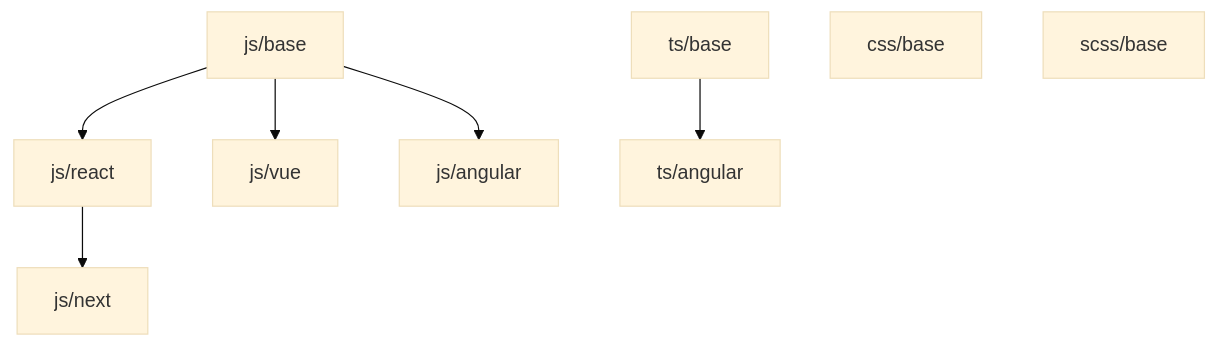
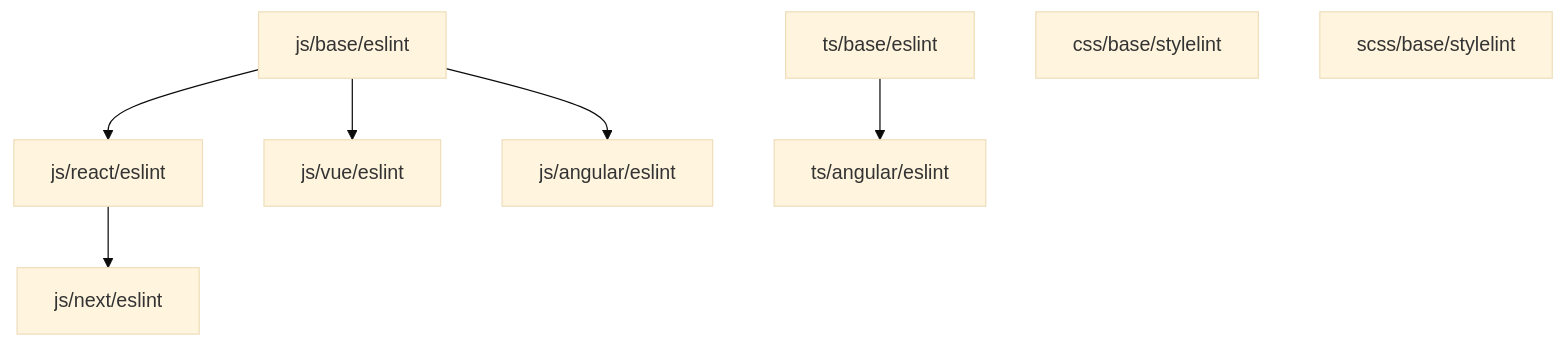
One commit to MAARK/code-config changed the diagram in README.md. Above: the diagram before and after it, drawn with Mermaid. The commit also changed other lines of this file and 3 other files, not shown here.

````diff
--- a/README.md
+++ b/README.md
@@ -55,11 +63,11 @@
 ```mermaid
 %%{init: {'theme':'base'}}%%
 graph TD
-    A[js/base] --> B[js/react]
-    A --> js/vue
-    A --> js/angular
-    B --> js/next
-    ts/base --> ts/angular
-    css/base
-    scss/base
+    A[js/base/eslint] --> B[js/react/eslint]
+    A --> js/vue/eslint
+    A --> js/angular/eslint
+    B --> js/next/eslint
+    ts/base/eslint --> ts/angular/eslint
+    css/base/stylelint
+    scss/base/stylelint
 ```
````
